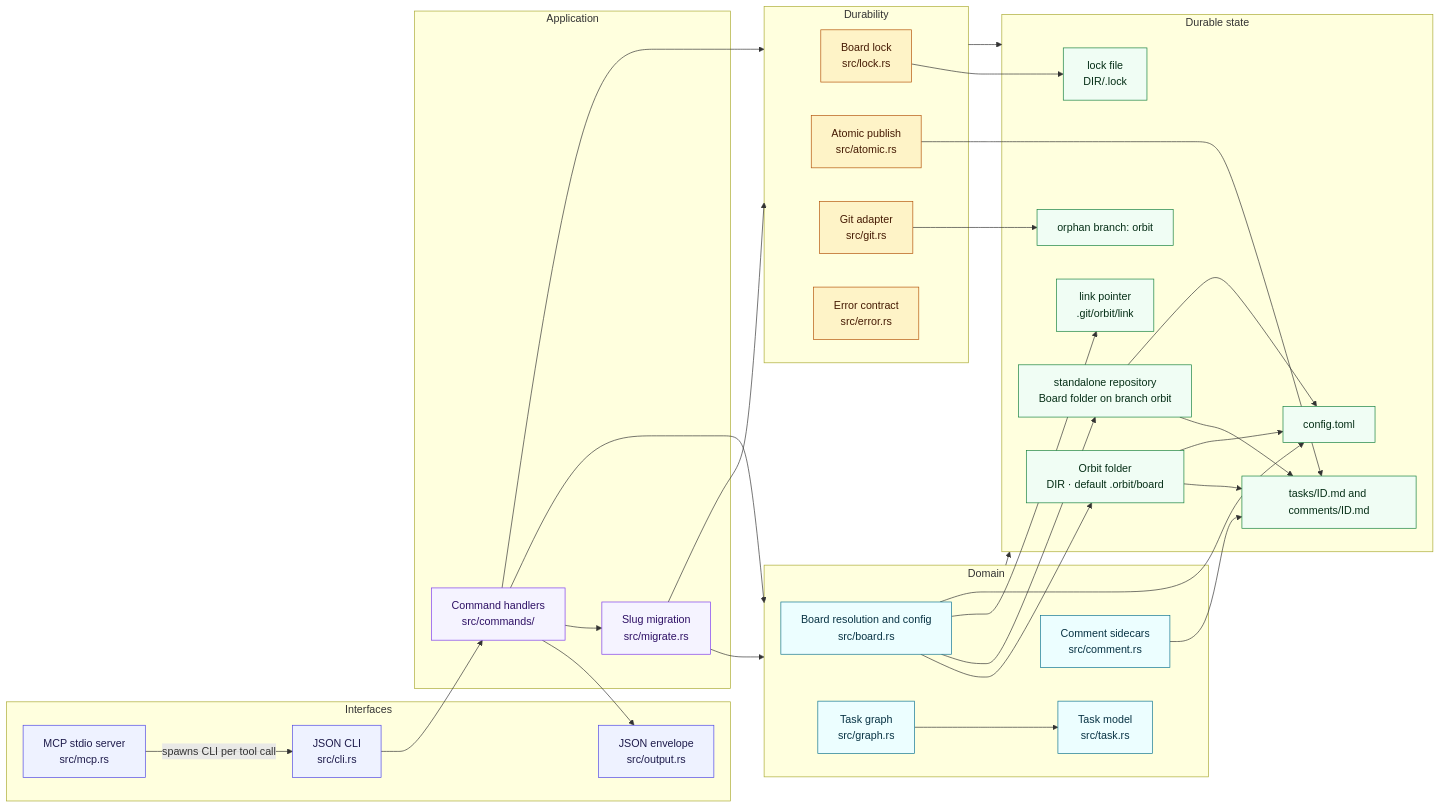
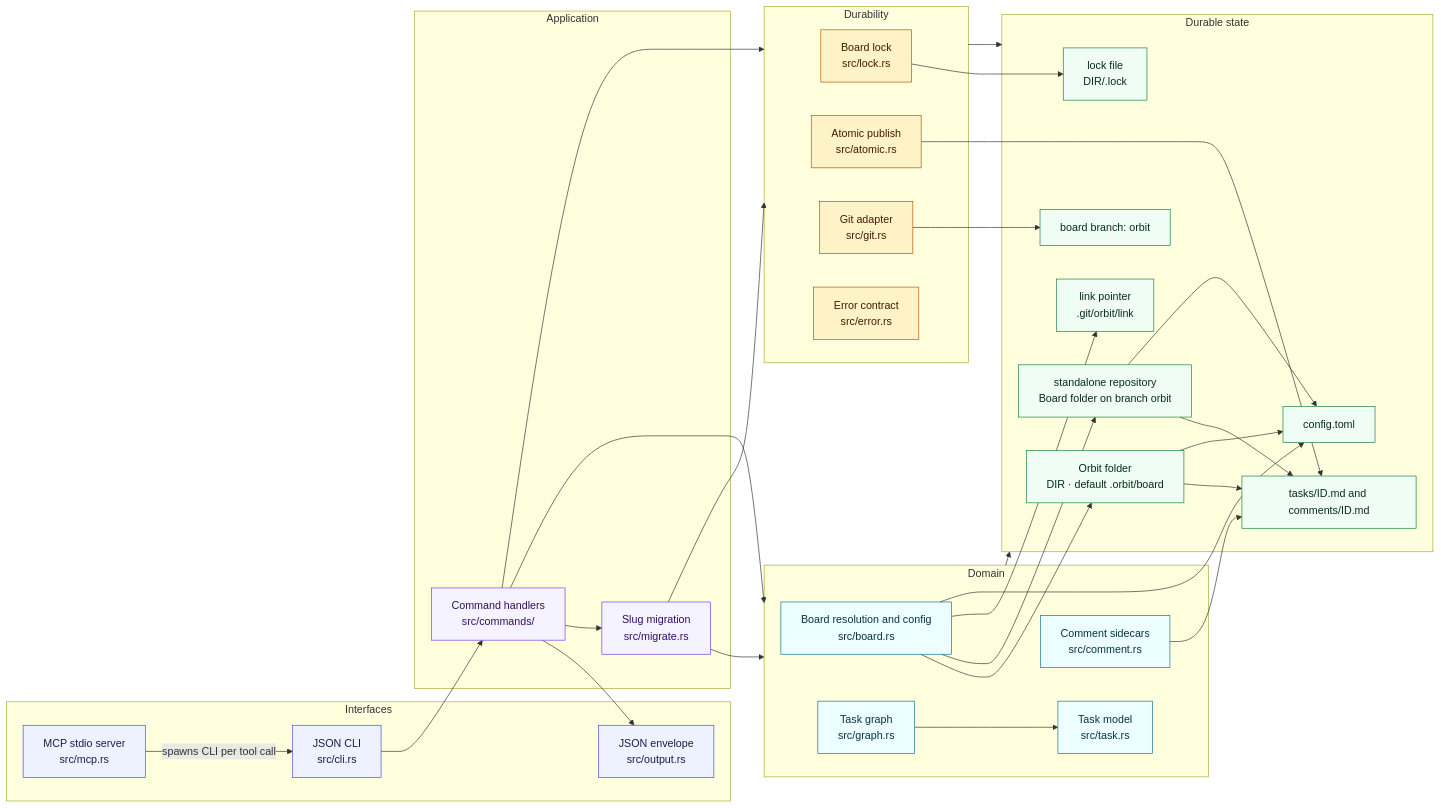
The first of 2 diagrams in docs/SPEC.md (rcmendes/orbit), drawn with Mermaid before and after one commit. The commit also changed other lines of this file, not shown here.

````diff
--- a/docs/SPEC.md
+++ b/docs/SPEC.md
@@ -43,73 +42,73 @@
 ```mermaid
 flowchart LR
     subgraph Interfaces["Interfaces"]
         CLI["JSON CLI<br/>src/cli.rs"]
         MCP["MCP stdio server<br/>src/mcp.rs"]
         OUT["JSON envelope<br/>src/output.rs"]
     end
 
     subgraph Application["Application"]
         CMD["Command handlers<br/>src/commands/"]
         MIGRATE["Slug migration<br/>src/migrate.rs"]
     end
 
     subgraph Domain["Domain"]
         BOARD["Board resolution and config<br/>src/board.rs"]
         GRAPH["Task graph<br/>src/graph.rs"]
         TASK["Task model<br/>src/task.rs"]
         COMMENTS["Comment sidecars<br/>src/comment.rs"]
     end
 
     subgraph Durability["Durability"]
         LOCK["Board lock<br/>src/lock.rs"]
         ATOMIC["Atomic publish<br/>src/atomic.rs"]
         GIT["Git adapter<br/>src/git.rs"]
         ERR["Error contract<br/>src/error.rs"]
     end
 
     subgraph Data["Durable state"]
-        BRANCH["orphan branch: orbit"]
+        BRANCH["board branch: orbit"]
         ORBITFOLDER["Orbit folder<br/>DIR · default .orbit/board"]
         STANDALONE["standalone repository<br/>Board folder on branch orbit"]
         LINK["link pointer<br/>.git/orbit/link"]
         FILES["tasks/ID.md and comments/ID.md"]
         CONFIG["config.toml"]
         LOCKFILE["lock file<br/>DIR/.lock"]
     end
 
     CLI --> CMD
     MCP -->|spawns CLI per tool call| CLI
     CMD --> OUT
     CMD --> MIGRATE
     CMD --> Domain
     CMD --> Durability
     MIGRATE --> Domain
     MIGRATE --> Durability
     Domain --> Data
     Durability --> Data
     GRAPH --> TASK
     BOARD --> ORBITFOLDER
     BOARD --> STANDALONE
     BOARD --> LINK
     BOARD --> CONFIG
     GIT --> BRANCH
     ATOMIC --> FILES
     COMMENTS --> FILES
     LOCK --> LOCKFILE
     ORBITFOLDER --> FILES
     ORBITFOLDER --> CONFIG
     STANDALONE --> FILES
     STANDALONE --> CONFIG
 
     classDef iface fill:#eef2ff,stroke:#4f46e5,color:#1e1b4b
     classDef app fill:#f5f3ff,stroke:#7c3aed,color:#2e1065
     classDef domain fill:#ecfeff,stroke:#0e7490,color:#083344
     classDef durable fill:#fef3c7,stroke:#b45309,color:#451a03
     classDef store fill:#f0fdf4,stroke:#15803d,color:#052e16
 
     class CLI,MCP,OUT iface
     class CMD,MIGRATE app
     class BOARD,GRAPH,TASK,COMMENTS domain
     class LOCK,ATOMIC,GIT,ERR durable
     class BRANCH,ORBITFOLDER,STANDALONE,LINK,FILES,CONFIG,LOCKFILE store
 ```
````
